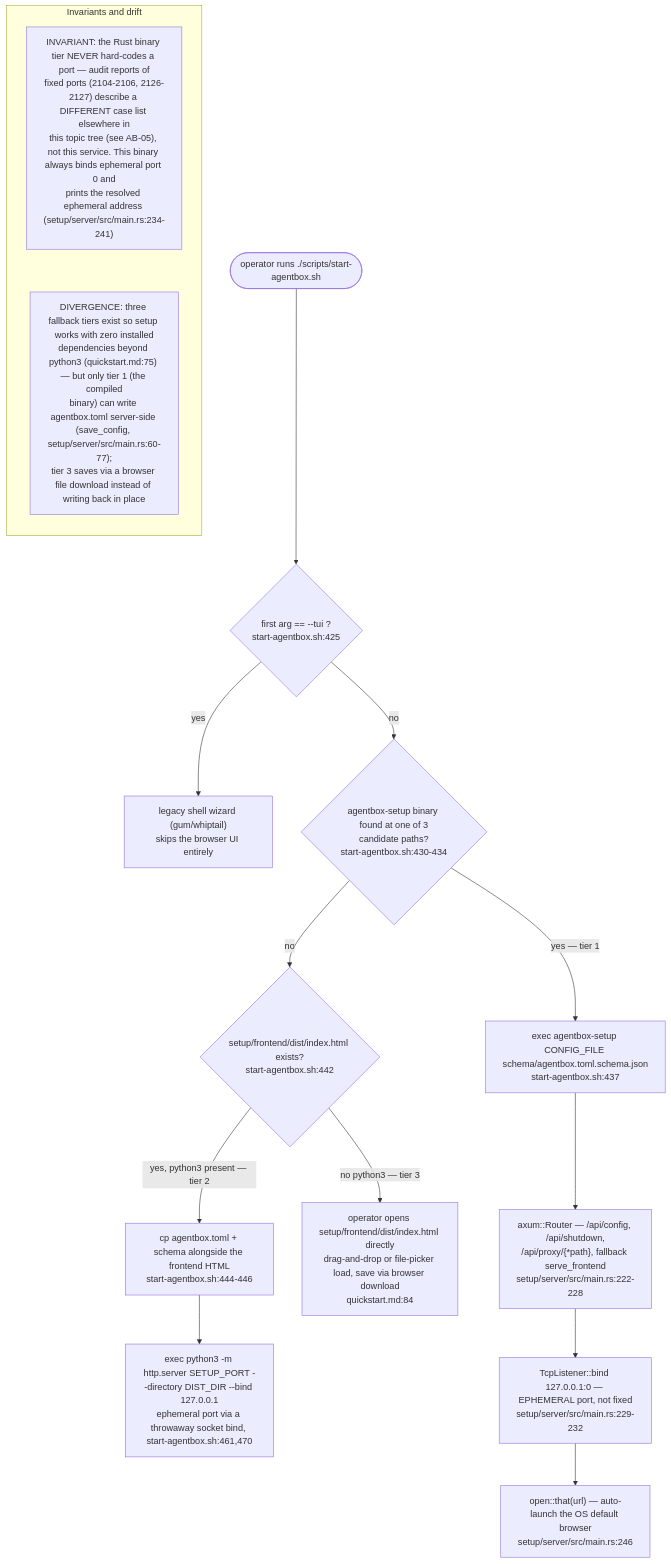
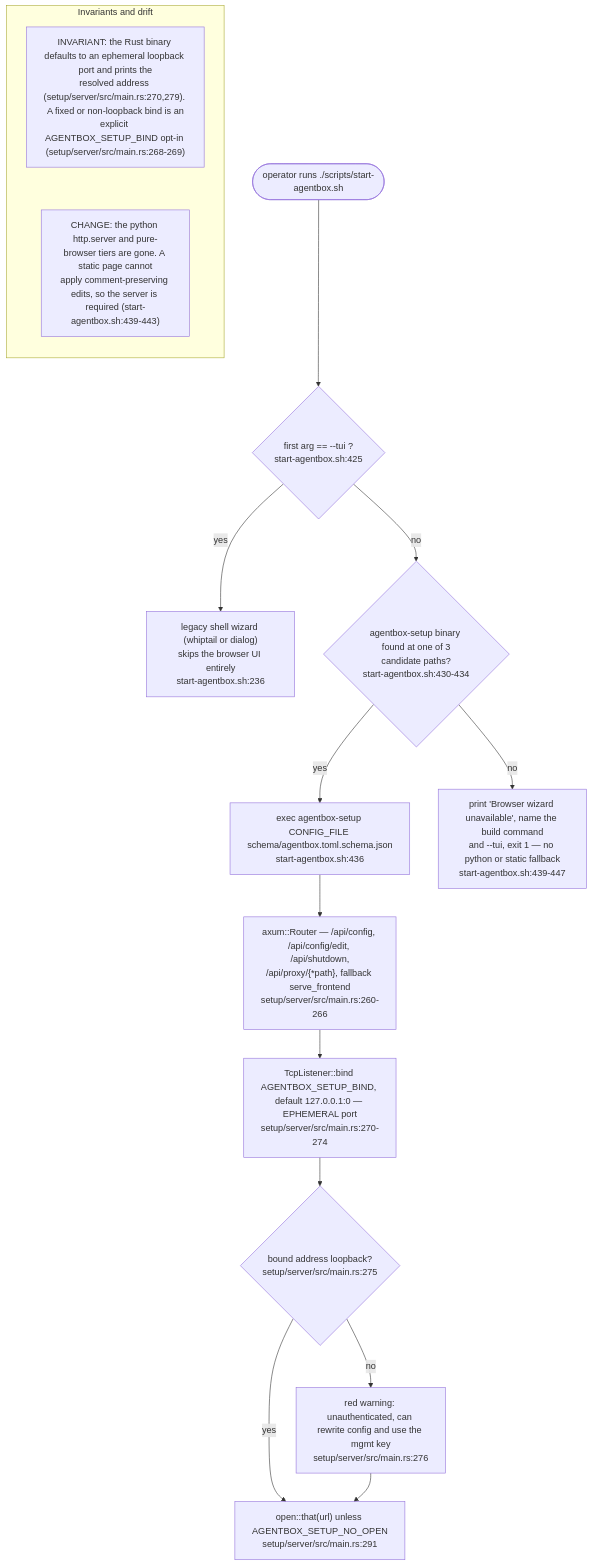
One commit to DreamLab-AI/VisionFlow changed the first of 3 diagrams in docs/diagrams/agentbox/30-supporting-services-secret-backup-setup-https-bridge.md. Above: the diagram before and after it, drawn with Mermaid. The commit also changed other lines of this file and 160 other files, not shown here.

````diff
--- a/docs/diagrams/agentbox/30-supporting-services-secret-backup-setup-https-bridge.md
+++ b/docs/diagrams/agentbox/30-supporting-services-secret-backup-setup-https-bridge.md
@@ -26,20 +27,20 @@
 ```mermaid
 flowchart TD
     START(["operator runs ./scripts/start-agentbox.sh"]) --> TUI{"first arg == --tui ?<br/>start-agentbox.sh:425"}
-    TUI -->|yes| LEGACY["legacy shell wizard #40;gum/whiptail#41;<br/>skips the browser UI entirely"]
+    TUI -->|yes| LEGACY["legacy shell wizard #40;whiptail or dialog#41;<br/>skips the browser UI entirely<br/>start-agentbox.sh:236"]
     TUI -->|no| BINCHECK{"agentbox-setup binary found at one of 3<br/>candidate paths?<br/>start-agentbox.sh:430-434"}
-    BINCHECK -->|"yes — tier 1"| EXECBIN["exec agentbox-setup CONFIG_FILE schema/agentbox.toml.schema.json<br/>start-agentbox.sh:437"]
-    BINCHECK -->|no| FRONTENDCHECK{"setup/frontend/dist/index.html exists?<br/>start-agentbox.sh:442"}
-    FRONTENDCHECK -->|"yes, python3 present — tier 2"| COPYFILES["cp agentbox.toml + schema alongside the frontend HTML<br/>start-agentbox.sh:444-446"]
-    COPYFILES --> PYSERVE["exec python3 -m http.server SETUP_PORT --directory DIST_DIR --bind 127.0.0.1<br/>ephemeral port via a throwaway socket bind, start-agentbox.sh:461,470"]
-    FRONTENDCHECK -->|"no python3 — tier 3"| MANUAL["operator opens setup/frontend/dist/index.html directly<br/>drag-and-drop or file-picker load, save via browser download<br/>quickstart.md:84"]
-    EXECBIN --> AXUM["axum::Router — /api/config, /api/shutdown,<br/>/api/proxy/#123;*path#125;, fallback serve_frontend<br/>setup/server/src/main.rs:222-228"]
-    AXUM --> BIND["TcpListener::bind 127.0.0.1:0 — EPHEMERAL port, not fixed<br/>setup/server/src/main.rs:229-232"]
-    BIND --> OPEN["open::that#40;url#41; — auto-launch the OS default browser<br/>setup/server/src/main.rs:246"]
+    BINCHECK -->|yes| EXECBIN["exec agentbox-setup CONFIG_FILE schema/agentbox.toml.schema.json<br/>start-agentbox.sh:436"]
+    BINCHECK -->|no| REFUSE["print 'Browser wizard unavailable', name the build command<br/>and --tui, exit 1 — no python or static fallback<br/>start-agentbox.sh:439-447"]
+    EXECBIN --> AXUM["axum::Router — /api/config, /api/config/edit, /api/shutdown,<br/>/api/proxy/#123;*path#125;, fallback serve_frontend<br/>setup/server/src/main.rs:260-266"]
+    AXUM --> BIND["TcpListener::bind AGENTBOX_SETUP_BIND, default 127.0.0.1:0 — EPHEMERAL port<br/>setup/server/src/main.rs:270-274"]
+    BIND --> WARN{"bound address loopback?<br/>setup/server/src/main.rs:275"}
+    WARN -->|no| RED["red warning: unauthenticated, can rewrite config and use the mgmt key<br/>setup/server/src/main.rs:276"]
+    WARN -->|yes| OPEN["open::that#40;url#41; unless AGENTBOX_SETUP_NO_OPEN<br/>setup/server/src/main.rs:291"]
+    RED --> OPEN
     subgraph notes["Invariants and drift"]
         direction TB
-        N1["INVARIANT: the Rust binary tier NEVER hard-codes a port — audit reports of<br/>fixed ports #40;2104-2106, 2126-2127#41; describe a DIFFERENT case list elsewhere in<br/>this topic tree #40;see AB-05#41;, not this service. This binary always binds ephemeral port 0 and<br/>prints the resolved ephemeral address #40;setup/server/src/main.rs:234-241#41;"]
-        N2["DIVERGENCE: three fallback tiers exist so setup works with zero installed<br/>dependencies beyond python3 #40;quickstart.md:75#41; — but only tier 1 #40;the compiled<br/>binary#41; can write agentbox.toml server-side #40;save_config, setup/server/src/main.rs:60-77#41;;<br/>tier 3 saves via a browser file download instead of writing back in place"]
+        N1["INVARIANT: the Rust binary defaults to an ephemeral loopback port and prints the<br/>resolved address #40;setup/server/src/main.rs:270,279#41;. A fixed or non-loopback bind is an<br/>explicit AGENTBOX_SETUP_BIND opt-in #40;setup/server/src/main.rs:268-269#41;"]
+        N2["CHANGE: the python http.server and pure-browser tiers are gone. A static page cannot<br/>apply comment-preserving edits, so the server is required #40;start-agentbox.sh:439-443#41;"]
         N1 ~~~ N2
     end
 ```
````
